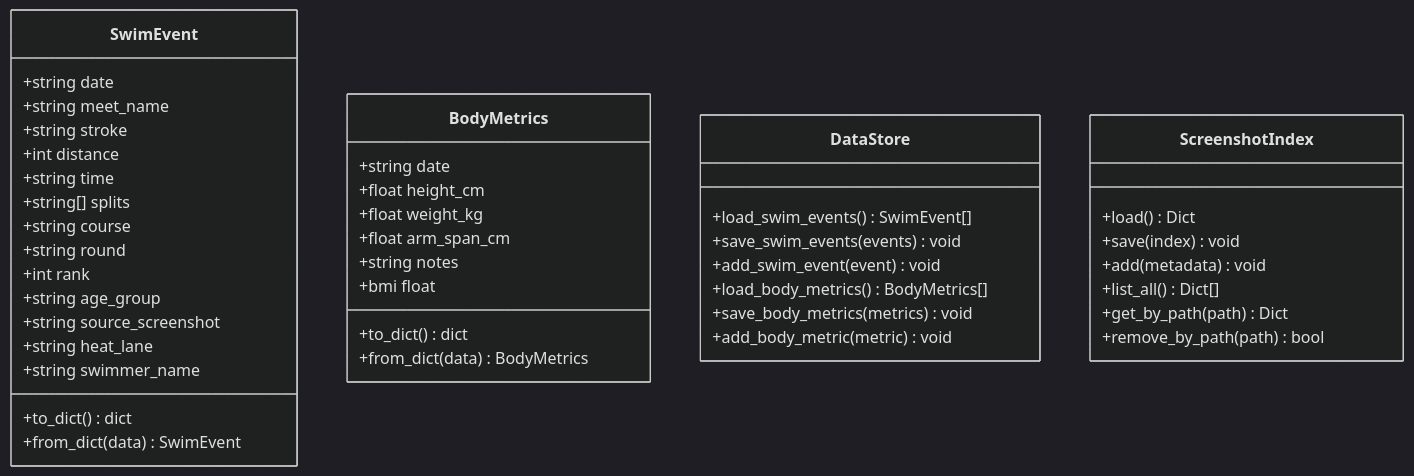
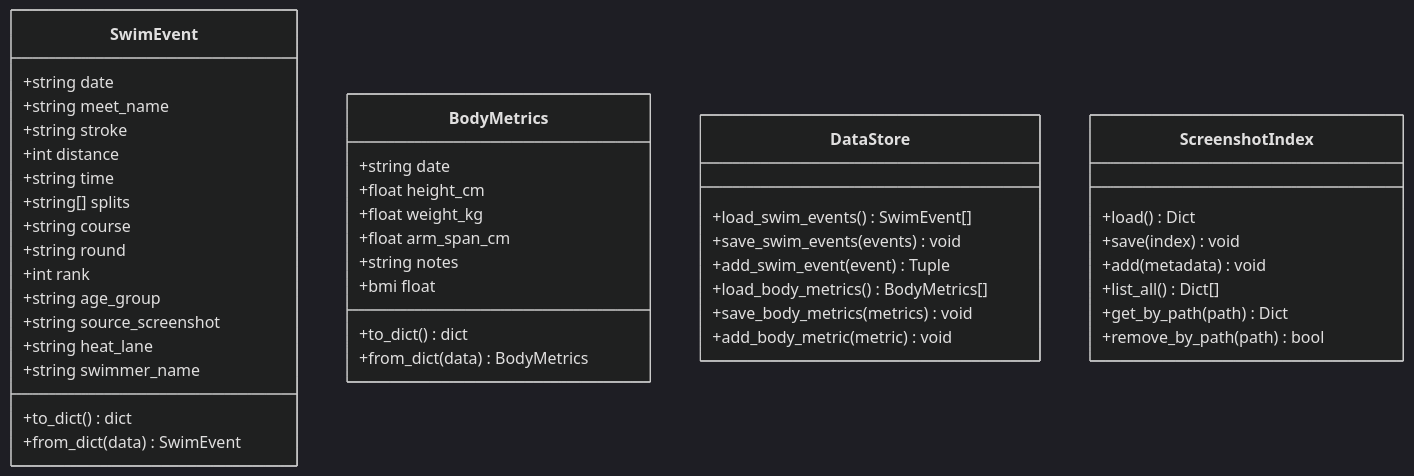
The fifth of 6 diagrams in .qoder/repowiki/en/content/Feature Modules/Analytics Engine.md (Johnny22056/SwimingStatus), drawn with Mermaid (dark theme) before and after one commit. The commit also changed other lines of this file and 8 other files, not shown here.

````diff
--- a/.qoder/repowiki/en/content/Feature Modules/Analytics Engine.md
+++ b/.qoder/repowiki/en/content/Feature Modules/Analytics Engine.md
@@ -274,46 +245,46 @@
 ```mermaid
 classDiagram
 class SwimEvent {
 +string date
 +string meet_name
 +string stroke
 +int distance
 +string time
 +string[] splits
 +string course
 +string round
 +int rank
 +string age_group
 +string source_screenshot
 +string heat_lane
 +string swimmer_name
 +to_dict() dict
 +from_dict(data) SwimEvent
 }
 class BodyMetrics {
 +string date
 +float height_cm
 +float weight_kg
 +float arm_span_cm
 +string notes
 +bmi float
 +to_dict() dict
 +from_dict(data) BodyMetrics
 }
 class DataStore {
 +load_swim_events() SwimEvent[]
 +save_swim_events(events) void
-+add_swim_event(event) void
++add_swim_event(event) Tuple
 +load_body_metrics() BodyMetrics[]
 +save_body_metrics(metrics) void
 +add_body_metric(metric) void
 }
 class ScreenshotIndex {
 +load() Dict
 +save(index) void
 +add(metadata) void
 +list_all() Dict[]
 +get_by_path(path) Dict
 +remove_by_path(path) bool
 }
 ```
````
